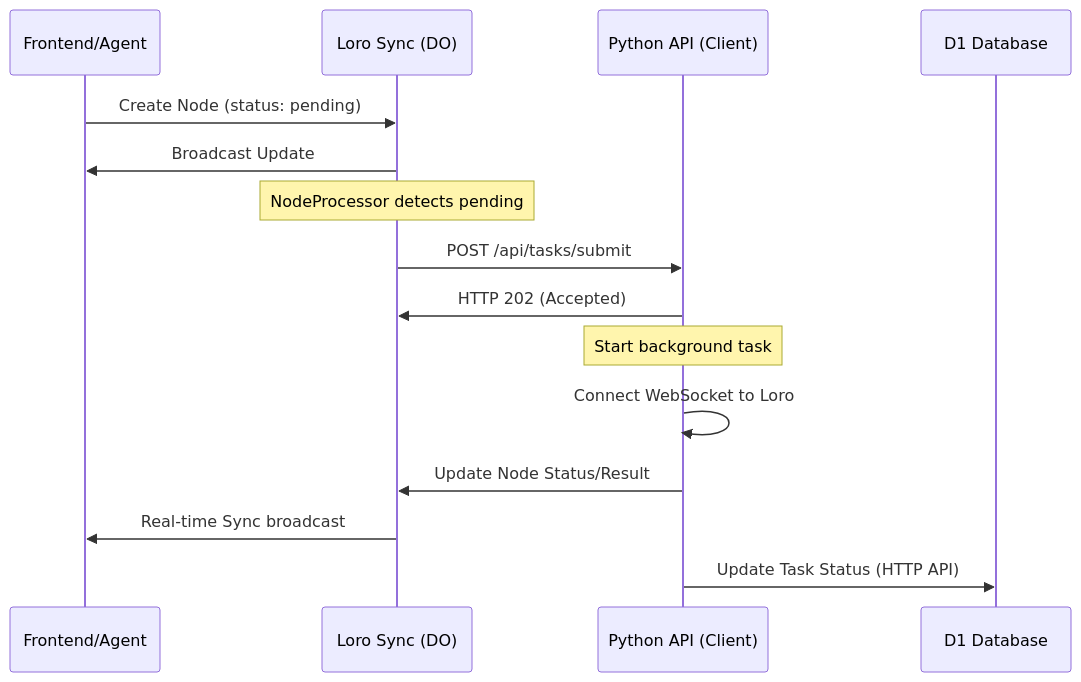
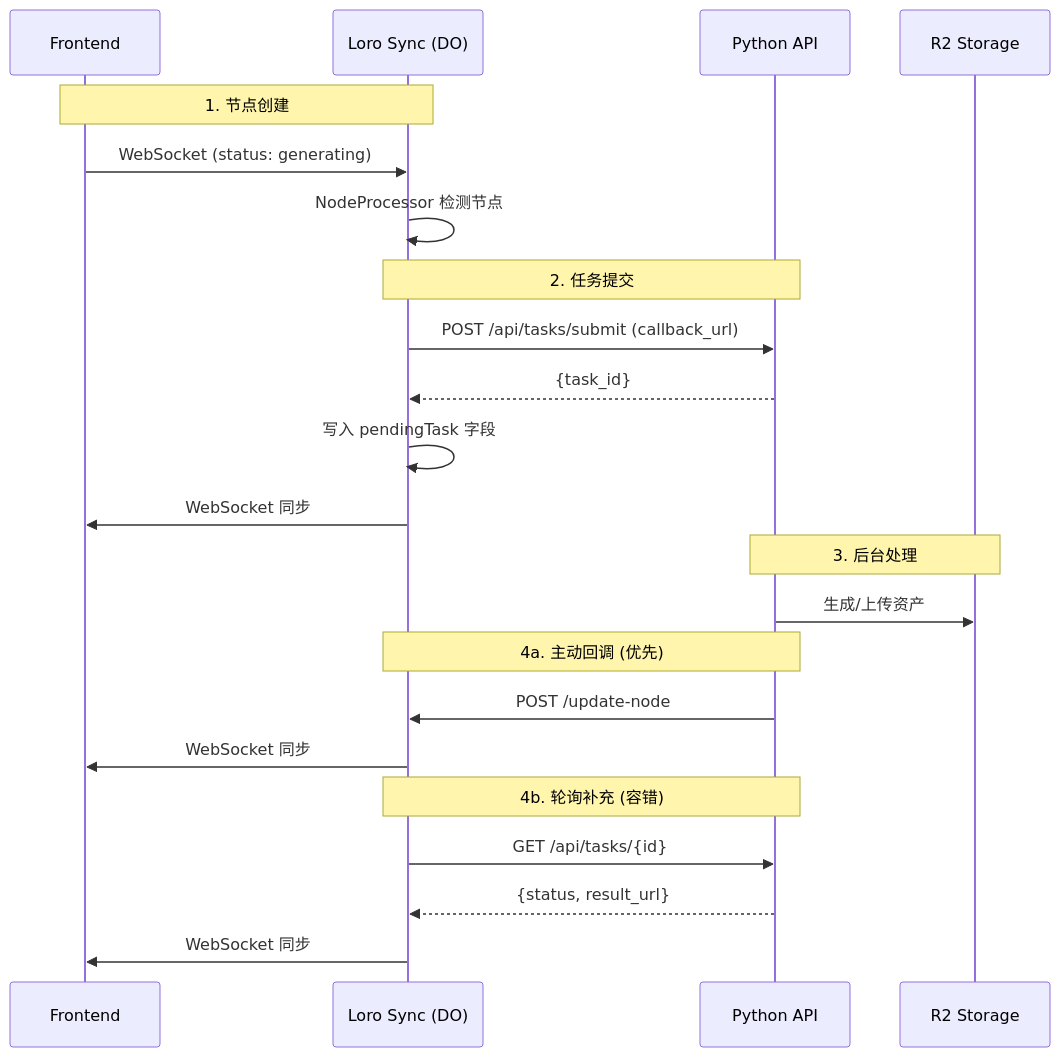
One commit to hrhrng/clash changed the second of 2 diagrams in apps/loro-sync-server/ARCHITECTURE.md. Above: the diagram before and after it, drawn with Mermaid. The commit also changed other lines of this file and 46 other files, not shown here.

````diff
--- a/apps/loro-sync-server/ARCHITECTURE.md
+++ b/apps/loro-sync-server/ARCHITECTURE.md
@@ -116,23 +37,29 @@
 ```mermaid
 sequenceDiagram
-    participant FE as Frontend/Agent
+    participant FE as Frontend
     participant Loro as Loro Sync (DO)
-    participant Python as Python API (Client)
-    participant D1 as D1 Database
+    participant Py as Python API
+    participant R2 as R2 Storage
 
-    FE->>Loro: Create Node (status: pending)
-    Loro->>FE: Broadcast Update
+    Note over FE,Loro: 1. 节点创建
+    FE->>Loro: WebSocket (status: generating)
+    Loro->>Loro: NodeProcessor 检测节点
     
-    Note over Loro: NodeProcessor detects pending
+    Note over Loro,Py: 2. 任务提交
+    Loro->>Py: POST /api/tasks/submit (callback_url)
+    Py-->>Loro: {task_id}
+    Loro->>Loro: 写入 pendingTask 字段
+    Loro->>FE: WebSocket 同步
+
+    Note over Py,R2: 3. 后台处理
+    Py->>R2: 生成/上传资产
     
-    Loro->>Python: POST /api/tasks/submit
-    Python->>Loro: HTTP 202 (Accepted)
+    Note over Py,Loro: 4a. 主动回调 (优先)
+    Py->>Loro: POST /update-node
+    Loro->>FE: WebSocket 同步
     
-    Note over Python: Start background task
-    
-    Python->>Python: Connect WebSocket to Loro
-    Python->>Loro: Update Node Status/Result
-    Loro->>FE: Real-time Sync broadcast
-    
-    Python->>D1: Update Task Status (HTTP API)
+    Note over Loro,Py: 4b. 轮询补充 (容错)
+    Loro->>Py: GET /api/tasks/{id}
+    Py-->>Loro: {status, result_url}
+    Loro->>FE: WebSocket 同步
 ```
````
